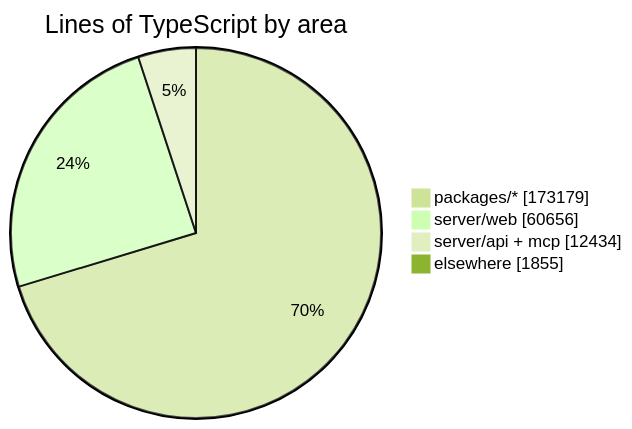
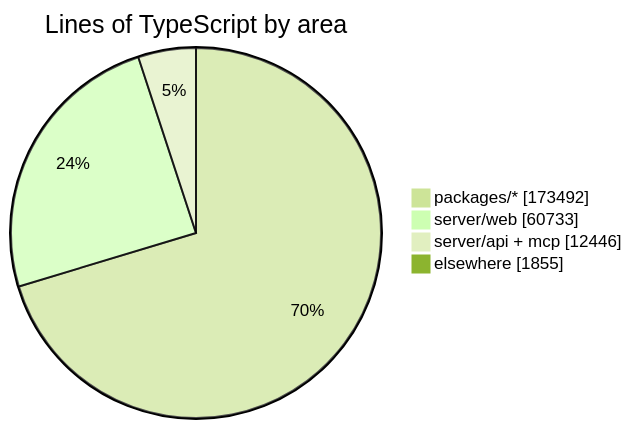
Before and after one commit to crossworks-engineering/mantle: the diagram in README.md, drawn with Mermaid (forest theme). The commit also changed other lines of this file and 2 other files, not shown here.

````diff
--- a/README.md
+++ b/README.md
@@ -279,7 +279,7 @@
 ```mermaid
 pie showData title Lines of TypeScript by area
-    "packages/*" : 173179
-    "server/web" : 60656
-    "server/api + mcp" : 12434
+    "packages/*" : 173492
+    "server/web" : 60733
+    "server/api + mcp" : 12446
     "elsewhere" : 1855
 ```
````
